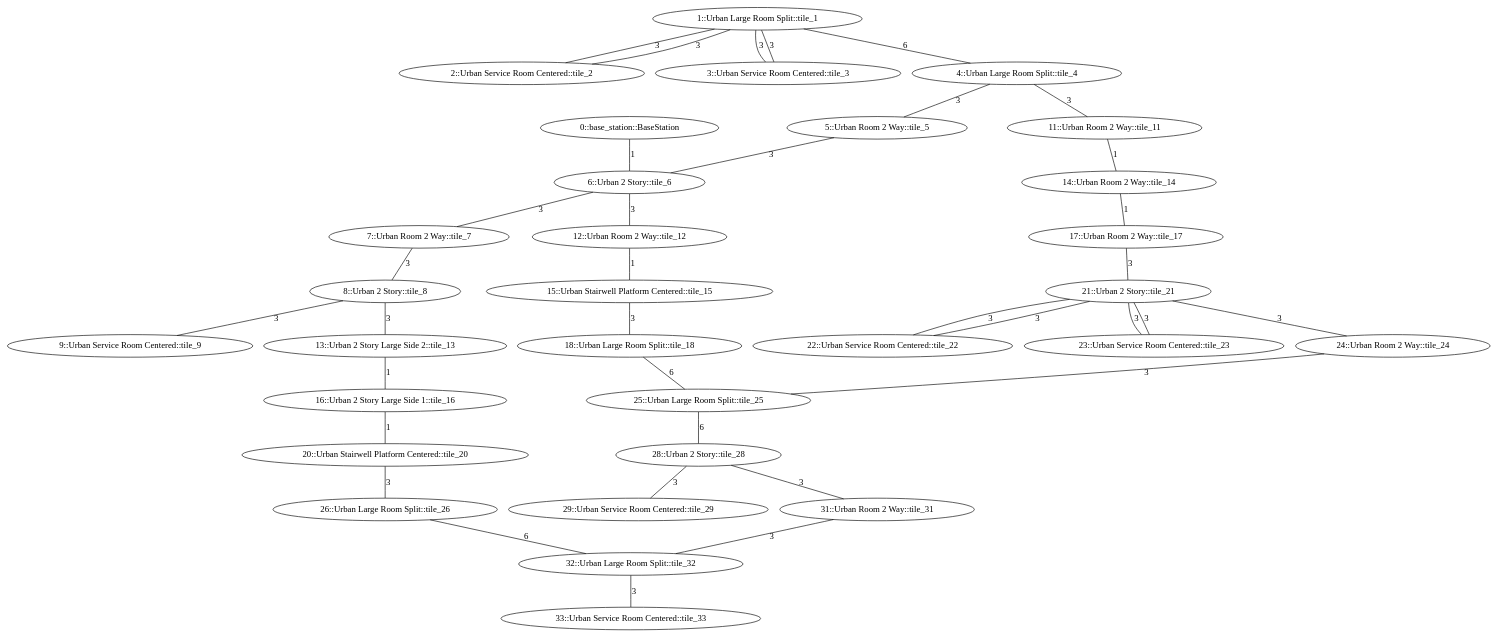
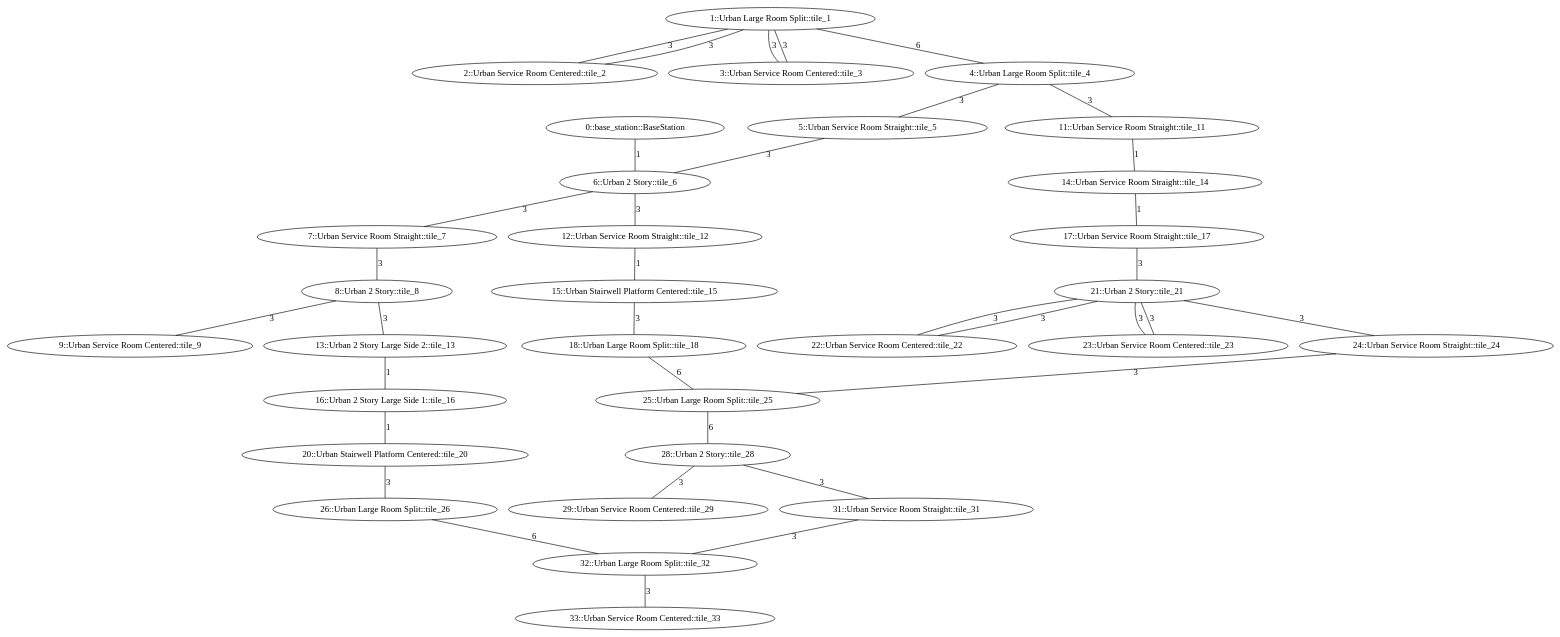
One commit to osrf/subt changed the diagram in subt_ign/worlds/urban_circuit_practice_03.dot. Above: the diagram before and after it, drawn with Graphviz. The commit also changed 2 other files, not shown here.

```diff
--- a/subt_ign/worlds/urban_circuit_practice_03.dot
+++ b/subt_ign/worlds/urban_circuit_practice_03.dot
@@ -1,79 +1,79 @@
 /* Visibility graph for urban_circuit_practice_03.tsv */
 /* Generated with the tile_tsv.py script: */
 /*   tile_tsv.py urban_circuit_practice_03.tsv -\-graph-file urban_circuit_practice_03.dot -\-world-file urban_circuit_practice_03.sdf -\-world-name urban_circuit_practice_03 -\-scale_x 40 -\-scale_y 40 -\-urban -\-y0 24 -\-x0 -136 -\-z0 11 */
 
 graph {
   /* ==== Vertices ==== */
 
   /* Base station / Staging area */
   0   [label="0::base_station::BaseStation"];
 
   1   [label="1::Urban Large Room Split::tile_1"];
   2   [label="2::Urban Service Room Centered::tile_2"];
   3   [label="3::Urban Service Room Centered::tile_3"];
   4   [label="4::Urban Large Room Split::tile_4"];
-  5   [label="5::Urban Room 2 Way::tile_5"];
+  5   [label="5::Urban Service Room Straight::tile_5"];
   6   [label="6::Urban 2 Story::tile_6"];
-  7   [label="7::Urban Room 2 Way::tile_7"];
+  7   [label="7::Urban Service Room Straight::tile_7"];
   8   [label="8::Urban 2 Story::tile_8"];
   9   [label="9::Urban Service Room Centered::tile_9"];
-  11  [label="11::Urban Room 2 Way::tile_11"];
-  12  [label="12::Urban Room 2 Way::tile_12"];
+  11  [label="11::Urban Service Room Straight::tile_11"];
+  12  [label="12::Urban Service Room Straight::tile_12"];
   13  [label="13::Urban 2 Story Large Side 2::tile_13"];
-  14  [label="14::Urban Room 2 Way::tile_14"];
+  14  [label="14::Urban Service Room Straight::tile_14"];
   15  [label="15::Urban Stairwell Platform Centered::tile_15"];
   16  [label="16::Urban 2 Story Large Side 1::tile_16"];
-  17  [label="17::Urban Room 2 Way::tile_17"];
+  17  [label="17::Urban Service Room Straight::tile_17"];
   18  [label="18::Urban Large Room Split::tile_18"];
   20  [label="20::Urban Stairwell Platform Centered::tile_20"];
   21  [label="21::Urban 2 Story::tile_21"];
   22  [label="22::Urban Service Room Centered::tile_22"];
   23  [label="23::Urban Service Room Centered::tile_23"];
-  24  [label="24::Urban Room 2 Way::tile_24"];
+  24  [label="24::Urban Service Room Straight::tile_24"];
   25  [label="25::Urban Large Room Split::tile_25"];
   26  [label="26::Urban Large Room Split::tile_26"];
   28  [label="28::Urban 2 Story::tile_28"];
   29  [label="29::Urban Service Room Centered::tile_29"];
-  31  [label="31::Urban Room 2 Way::tile_31"];
+  31  [label="31::Urban Service Room Straight::tile_31"];
   32  [label="32::Urban Large Room Split::tile_32"];
   33  [label="33::Urban Service Room Centered::tile_33"];
 
   /* ==== Edges ==== */
 
   /* Base station */
   0  -- 6   [label=1];
   1  -- 4   [label=6];  /* Intersection */
   4  -- 5   [label=3];  /* Intersection */
   4  -- 11  [label=3];  /* Intersection */
   5  -- 6   [label=3];  /* Intersection */
   6  -- 7   [label=3];  /* Intersection */
   6  -- 12  [label=3];  /* Intersection */
   7  -- 8   [label=3];  /* Intersection */
   8  -- 13  [label=3];  /* Intersection */
   11 -- 14  [label=1];
   12 -- 15  [label=1];
   13 -- 16  [label=1];
   14 -- 17  [label=1];
   15 -- 18  [label=3];  /* Intersection */
   16 -- 20  [label=1];
   17 -- 21  [label=3];  /* Intersection */
   18 -- 25  [label=6];  /* Intersection */
   20 -- 26  [label=3];  /* Intersection */
   21 -- 24  [label=3];  /* Intersection */
   24 -- 25  [label=3];  /* Intersection */
   25 -- 28  [label=6];  /* Intersection */
   26 -- 32  [label=6];  /* Intersection */
   28 -- 31  [label=3];  /* Intersection */
   31 -- 32  [label=3];  /* Intersection */
   1  -- 2   [label=3];  /* Intersection */
   1  -- 3   [label=3];  /* Intersection */
   1  -- 2   [label=3];  /* Intersection */
   1  -- 3   [label=3];  /* Intersection */
   8  -- 9   [label=3];  /* Intersection */
   21 -- 22  [label=3];  /* Intersection */
   21 -- 23  [label=3];  /* Intersection */
   21 -- 22  [label=3];  /* Intersection */
   21 -- 23  [label=3];  /* Intersection */
   28 -- 29  [label=3];  /* Intersection */
   32 -- 33  [label=3];  /* Intersection */
 }
```
